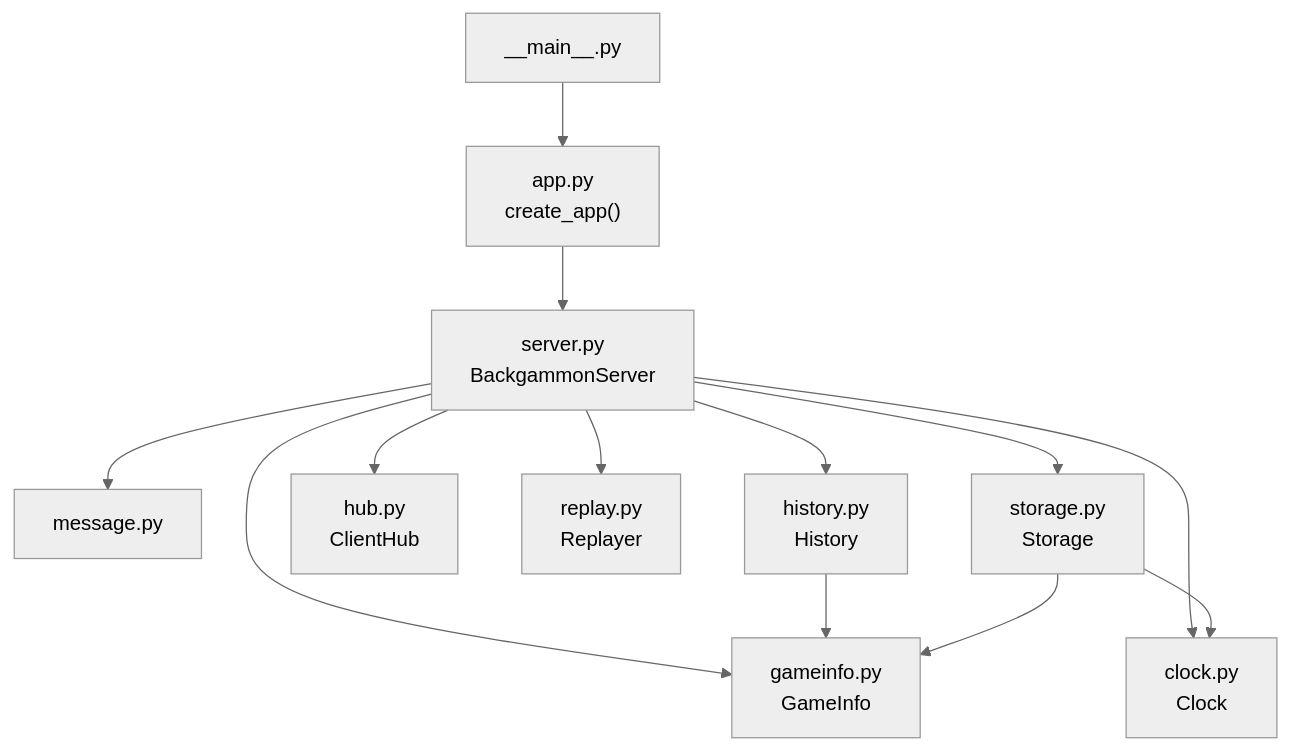
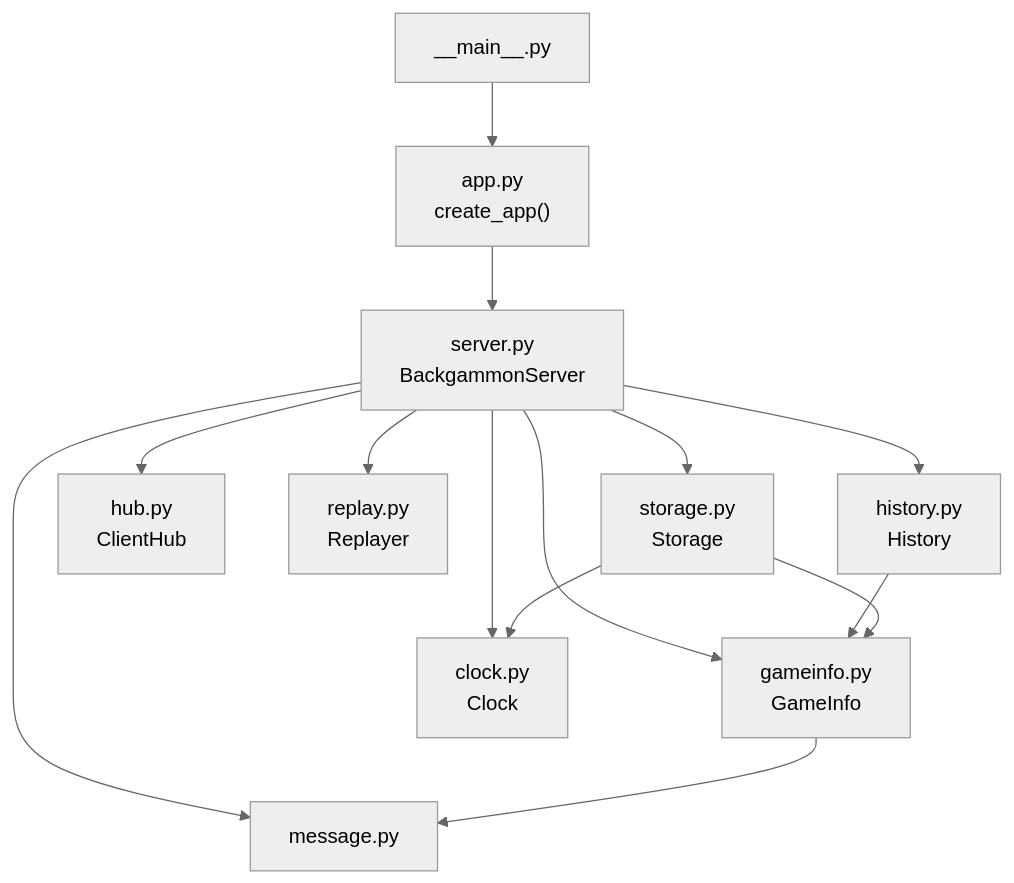
The second of 4 diagrams in docs/Developer.md (ytani01/ytBackgammon), drawn with Mermaid (neutral theme) before and after one commit. The commit also changed other lines of this file and 15 other files, not shown here.

````diff
--- a/docs/Developer.md
+++ b/docs/Developer.md
@@ -59,15 +59,16 @@
 ```mermaid
 graph TD
     main["__main__.py"] --> app["app.py<br/>create_app()"]
     app --> server["server.py<br/>BackgammonServer"]
     server --> message["message.py"]
     server --> gameinfo["gameinfo.py<br/>GameInfo"]
     server --> clock["clock.py<br/>Clock"]
     server --> history["history.py<br/>History"]
     server --> hub["hub.py<br/>ClientHub"]
     server --> replay["replay.py<br/>Replayer"]
     server --> storage["storage.py<br/>Storage"]
+    gameinfo --> message
     history --> gameinfo
     storage --> gameinfo
     storage --> clock
 ```
````
